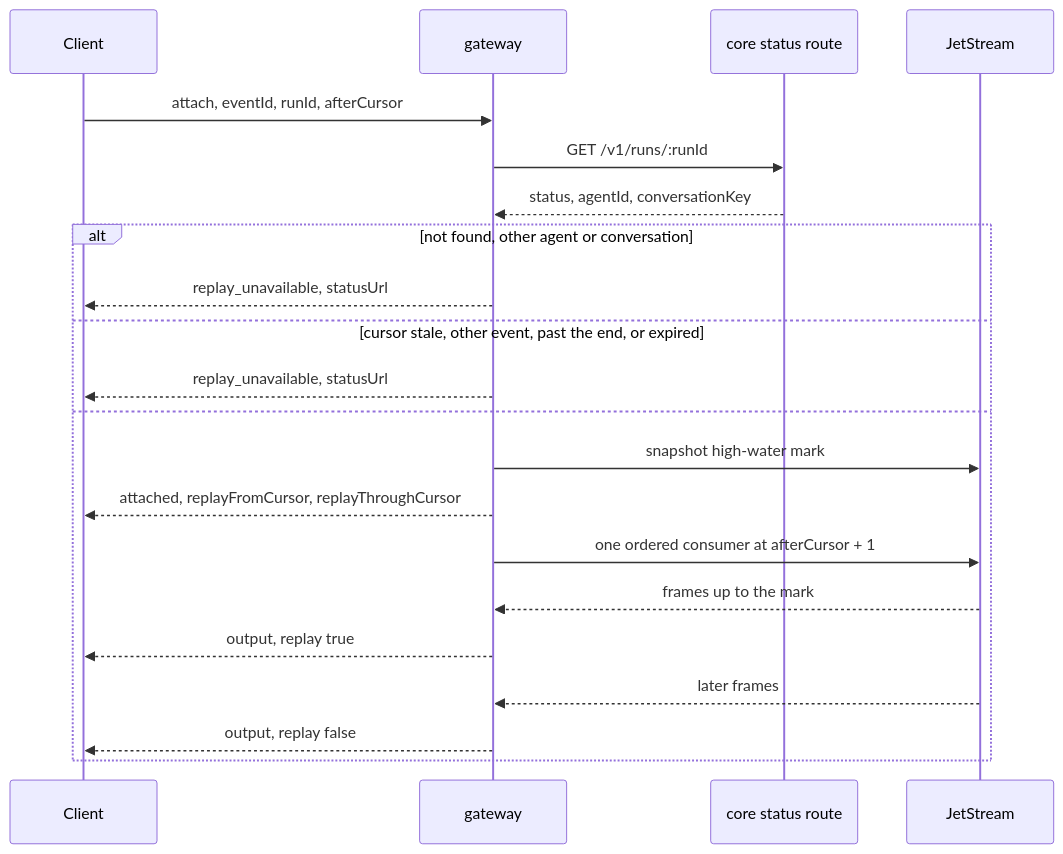
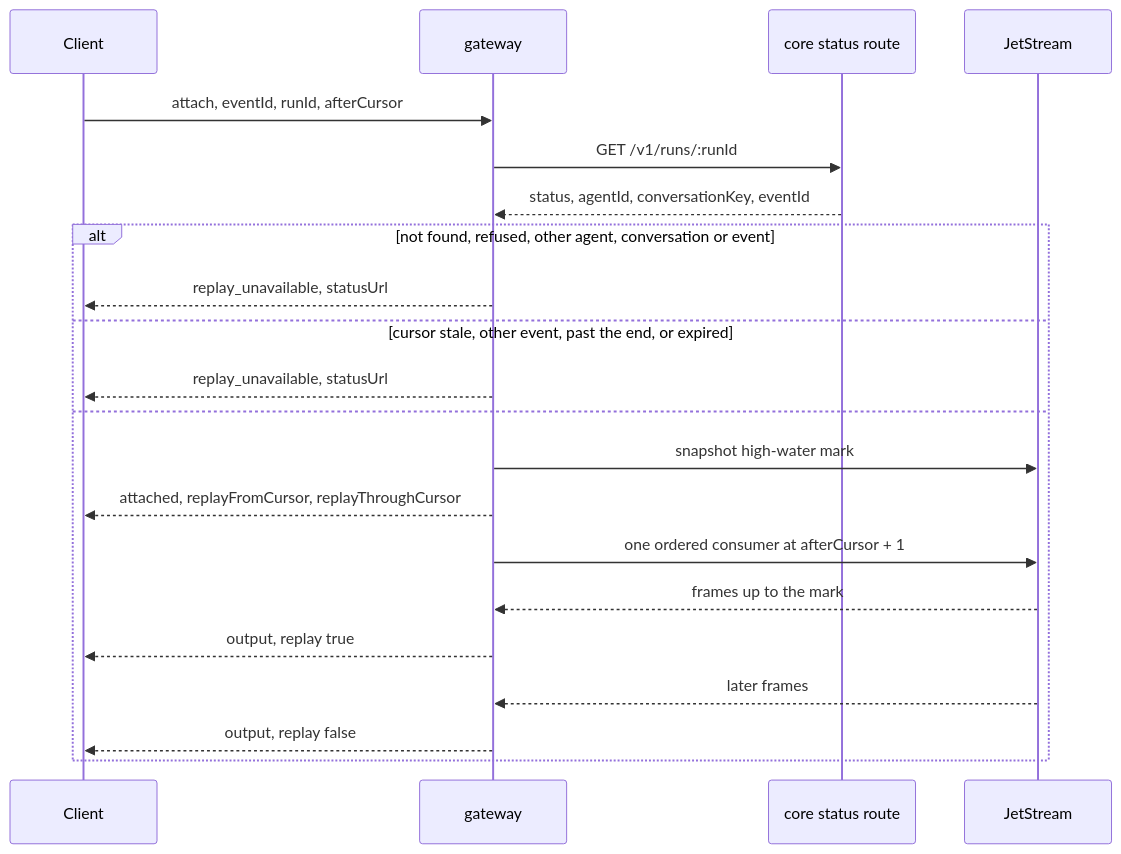
Before and after one commit to beeblastco/broods: the eighth of 8 diagrams in apps/docs/docs/internals/queue-and-steer.md, drawn with Mermaid. The commit also changed 18 other files, not shown here.

````diff
--- a/apps/docs/docs/internals/queue-and-steer.md
+++ b/apps/docs/docs/internals/queue-and-steer.md
@@ -227,24 +227,24 @@
 ```mermaid
 sequenceDiagram
   participant Cl as Client
   participant G as gateway
   participant Core as core status route
   participant N as JetStream
 
   Cl->>G: attach, eventId, runId, afterCursor
   G->>Core: GET /v1/runs/:runId
-  Core-->>G: status, agentId, conversationKey
-  alt not found, other agent or conversation
+  Core-->>G: status, agentId, conversationKey, eventId
+  alt not found, refused, other agent, conversation or event
     G-->>Cl: replay_unavailable, statusUrl
   else cursor stale, other event, past the end, or expired
     G-->>Cl: replay_unavailable, statusUrl
   else
     G->>N: snapshot high-water mark
     G-->>Cl: attached, replayFromCursor, replayThroughCursor
     G->>N: one ordered consumer at afterCursor + 1
     N-->>G: frames up to the mark
     G-->>Cl: output, replay true
     N-->>G: later frames
     G-->>Cl: output, replay false
   end
 ```
````
